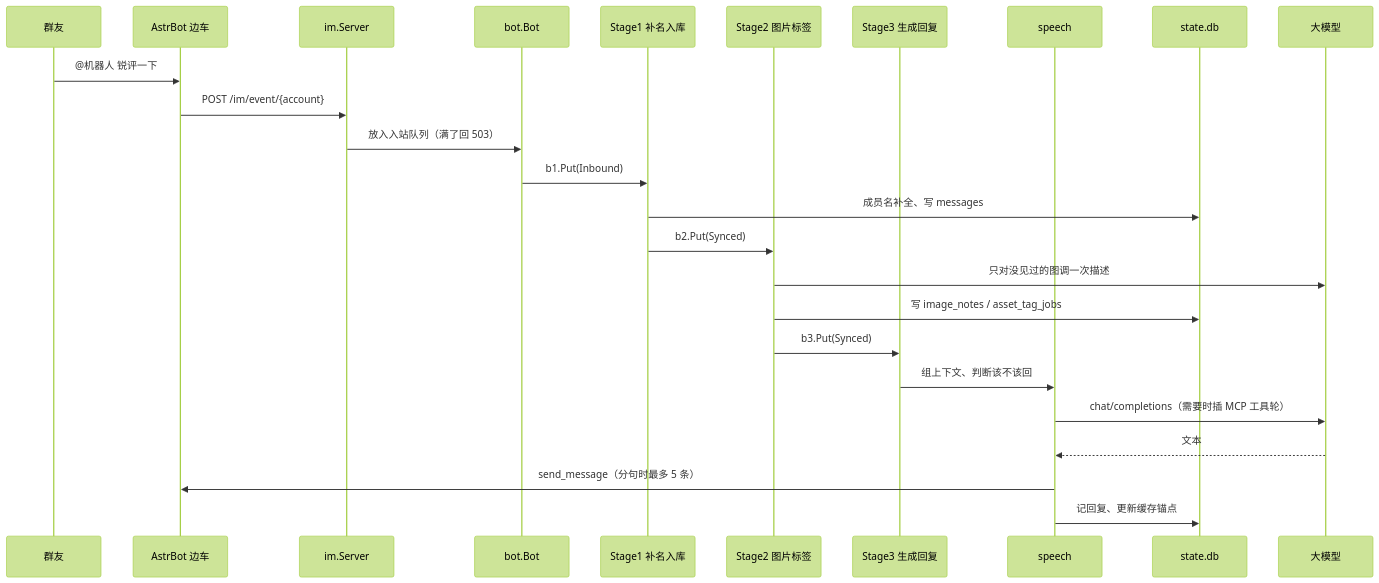
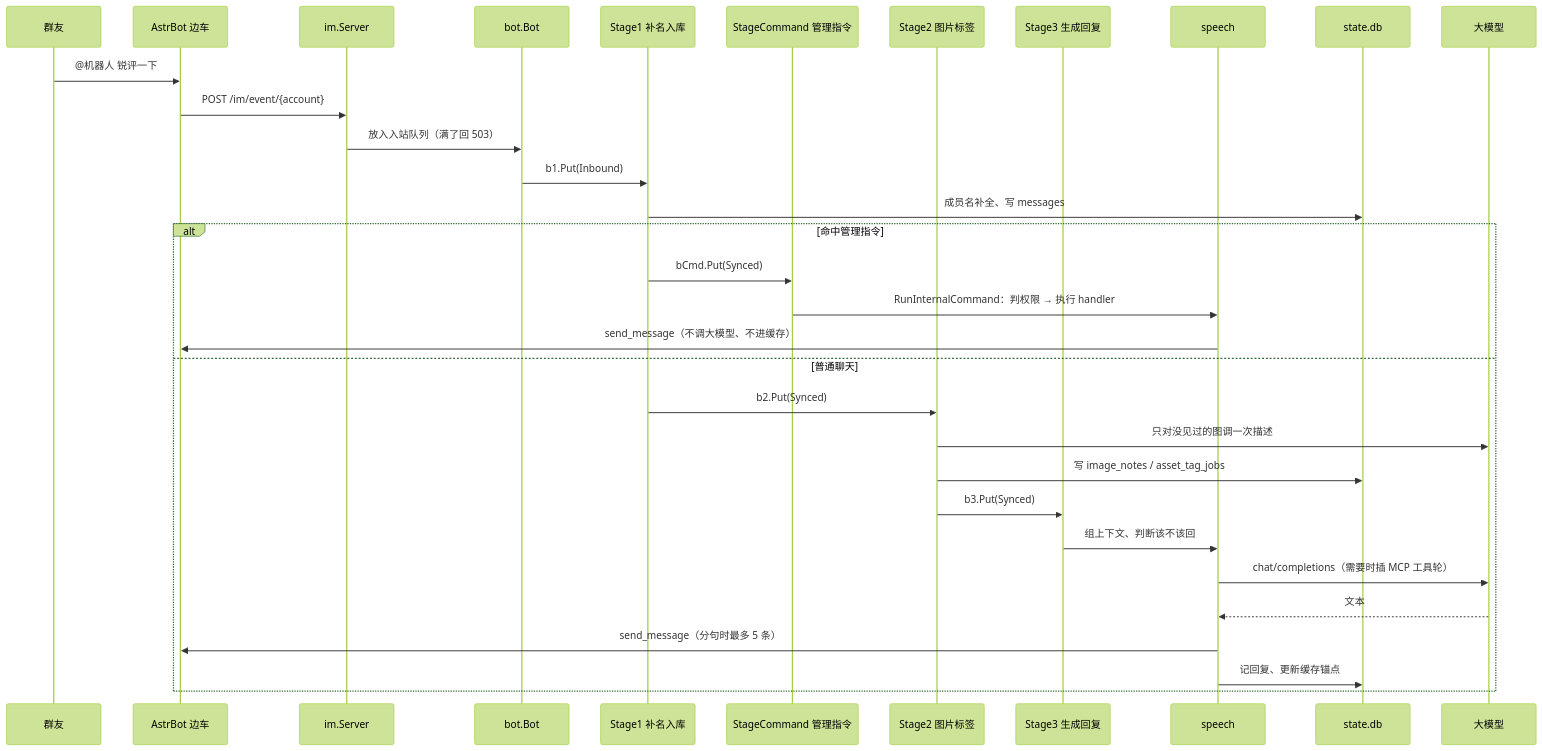
One commit to CanWeakerWriteStrongCode/good-review-master changed the second of 2 diagrams in docs/architecture/overview.md. Above: the diagram before and after it, drawn with Mermaid (forest theme). The commit also changed other lines of this file and 32 other files, not shown here.

````diff
--- a/docs/architecture/overview.md
+++ b/docs/architecture/overview.md
@@ -63,28 +63,35 @@
 ```mermaid
 sequenceDiagram
   participant U as 群友
   participant A as AstrBot 边车
   participant IM as im.Server
   participant B as bot.Bot
   participant S1 as Stage1 补名入库
+  participant SC as StageCommand 管理指令
   participant S2 as Stage2 图片标签
   participant S3 as Stage3 生成回复
   participant SP as speech
   participant DB as state.db
   participant L as 大模型
 
   U->>A: @机器人 锐评一下
   A->>IM: POST /im/event/{account}
   IM->>B: 放入入站队列（满了回 503）
   B->>S1: b1.Put(Inbound)
   S1->>DB: 成员名补全、写 messages
-  S1->>S2: b2.Put(Synced)
-  S2->>L: 只对没见过的图调一次描述
-  S2->>DB: 写 image_notes / asset_tag_jobs
-  S2->>S3: b3.Put(Synced)
-  S3->>SP: 组上下文、判断该不该回
-  SP->>L: chat/completions（需要时插 MCP 工具轮）
-  L-->>SP: 文本
-  SP->>A: send_message（分句时最多 5 条）
-  SP->>DB: 记回复、更新缓存锚点
+  alt 命中管理指令
+    S1->>SC: bCmd.Put(Synced)
+    SC->>SP: RunInternalCommand：判权限 → 执行 handler
+    SP->>A: send_message（不调大模型、不进缓存）
+  else 普通聊天
+    S1->>S2: b2.Put(Synced)
+    S2->>L: 只对没见过的图调一次描述
+    S2->>DB: 写 image_notes / asset_tag_jobs
+    S2->>S3: b3.Put(Synced)
+    S3->>SP: 组上下文、判断该不该回
+    SP->>L: chat/completions（需要时插 MCP 工具轮）
+    L-->>SP: 文本
+    SP->>A: send_message（分句时最多 5 条）
+    SP->>DB: 记回复、更新缓存锚点
+  end
 ```
````
